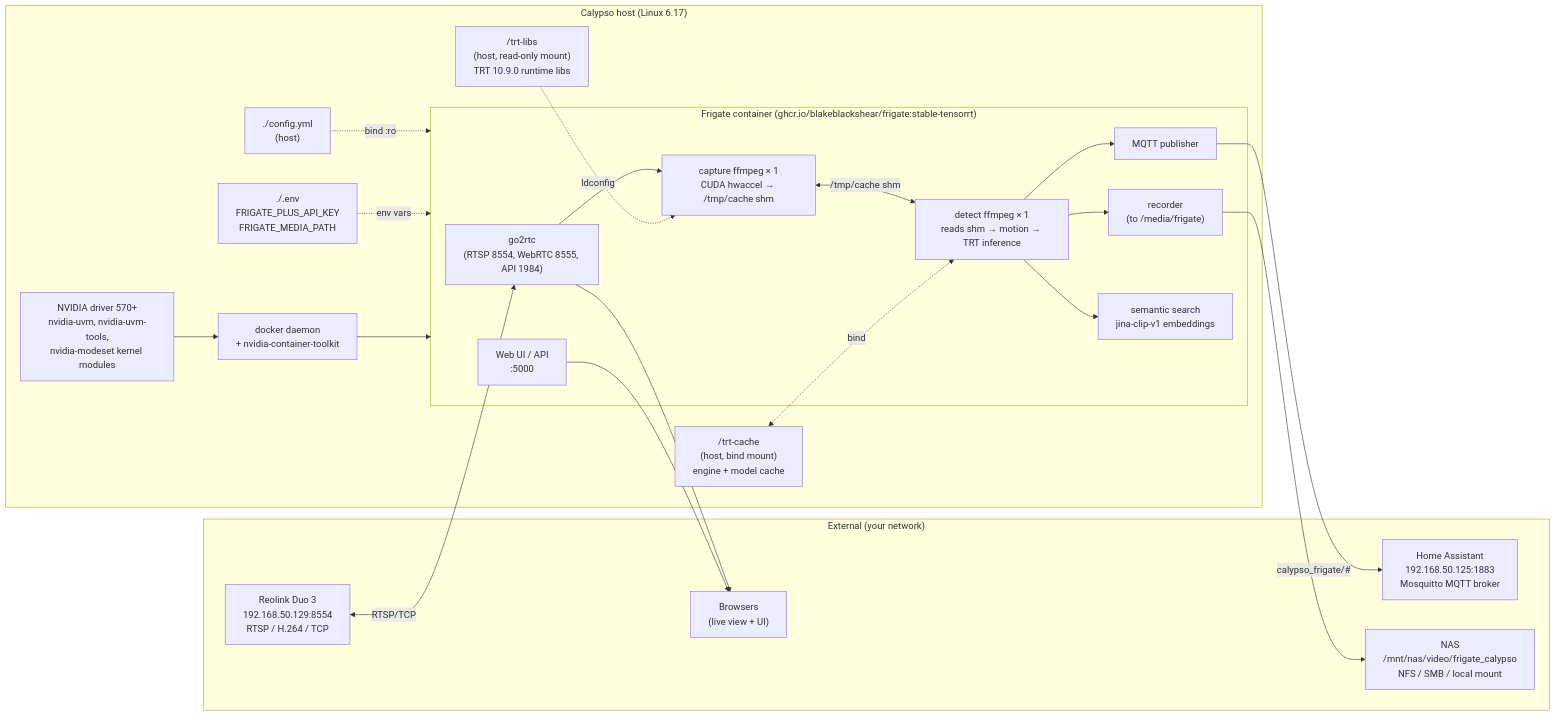
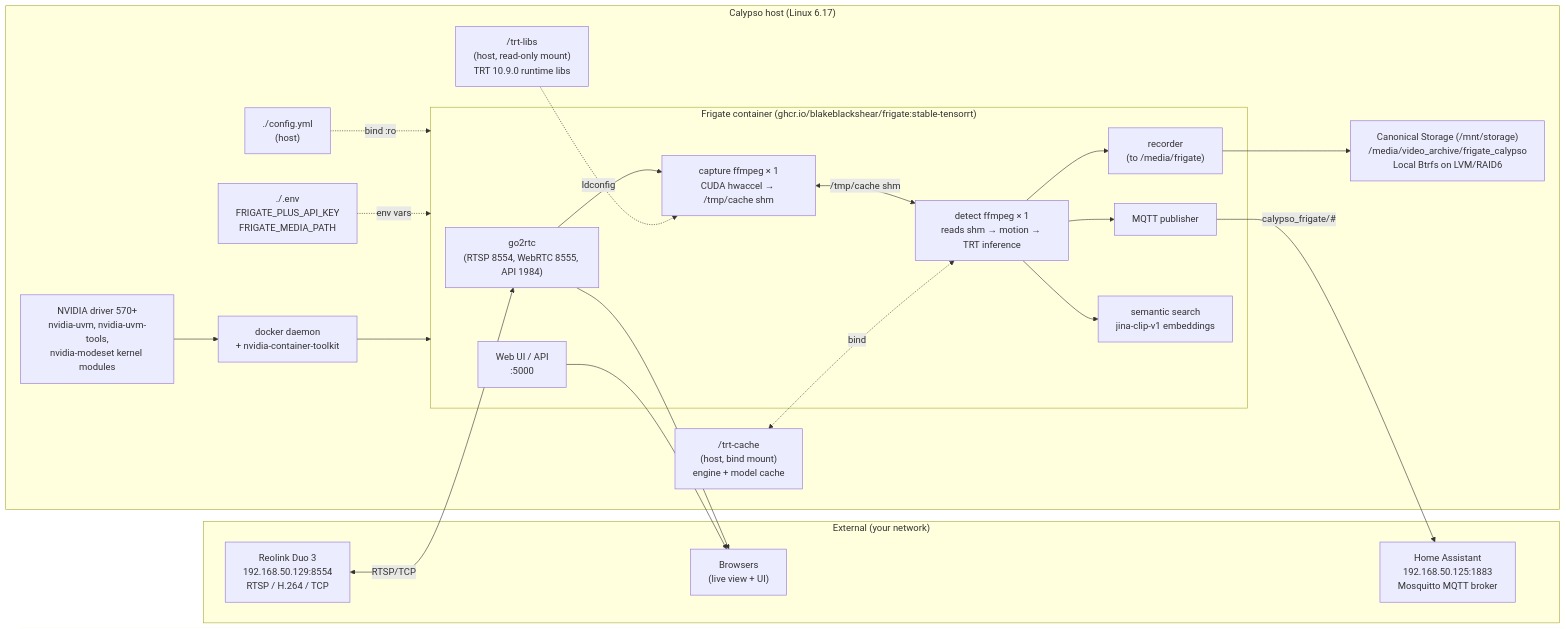
One commit to nghiaphan31/frigate changed the first of 4 diagrams in ARCHITECTURE.md. Above: the diagram before and after it, drawn with Mermaid. The commit also changed 3 other files, not shown here.

Commit message:
docs(storage): purge legacy NFS references and remove obsolete mnt-nas-video units

````diff
--- a/ARCHITECTURE.md
+++ b/ARCHITECTURE.md
@@ -11,45 +11,45 @@
 ```mermaid
 flowchart LR
   subgraph EXT["External (your network)"]
     CAM["Reolink Duo 3<br/>192.168.50.129:8554<br/>RTSP / H.264 / TCP"]
     HA["Home Assistant<br/>192.168.50.125:1883<br/>Mosquitto MQTT broker"]
-    NAS["NAS<br/>/mnt/nas/video/frigate_calypso<br/>NFS / SMB / local mount"]
     WEB["Browsers<br/>(live view + UI)"]
   end
 
   subgraph HOST["Calypso host (Linux 6.17)"]
+    STORAGE["Canonical Storage (/mnt/storage)<br/>/media/video_archive/frigate_calypso<br/>Local Btrfs on LVM/RAID6"]
     DRV["NVIDIA driver 570+<br/>nvidia-uvm, nvidia-uvm-tools,<br/>nvidia-modeset kernel modules"]
     TRTL["/trt-libs<br/>(host, read-only mount)<br/>TRT 10.9.0 runtime libs"]
     TRTC["/trt-cache<br/>(host, bind mount)<br/>engine + model cache"]
     CFG["./config.yml<br/>(host)"]
     ENV["./.env<br/>FRIGATE_PLUS_API_KEY<br/>FRIGATE_MEDIA_PATH"]
     DOCKER["docker daemon<br/>+ nvidia-container-toolkit"]
 
     subgraph CTN["Frigate container (ghcr.io/blakeblackshear/frigate:stable-tensorrt)"]
       G2R["go2rtc<br/>(RTSP 8554, WebRTC 8555, API 1984)"]
       CAP["capture ffmpeg × 1<br/>CUDA hwaccel → /tmp/cache shm"]
       DET["detect ffmpeg × 1<br/>reads shm → motion → TRT inference"]
       MQTTP["MQTT publisher"]
       REC["recorder<br/>(to /media/frigate)"]
       API["Web UI / API<br/>:5000"]
       SEM["semantic search<br/>jina-clip-v1 embeddings"]
     end
   end
 
   CAM <-->|RTSP/TCP| G2R
   G2R --> CAP
   G2R --> WEB
   CAP <-->|/tmp/cache shm| DET
   DET --> MQTTP
   DET --> REC
   DET --> SEM
   MQTTP -->|calypso_frigate/#| HA
-  REC --> NAS
+  REC --> STORAGE
   API --> WEB
   TRTL -.->|ldconfig| CAP
   TRTC <-.->|bind| DET
   CFG -.->|bind :ro| CTN
   ENV -.->|env vars| CTN
   DOCKER --> CTN
   DRV --> DOCKER
 ```
````
